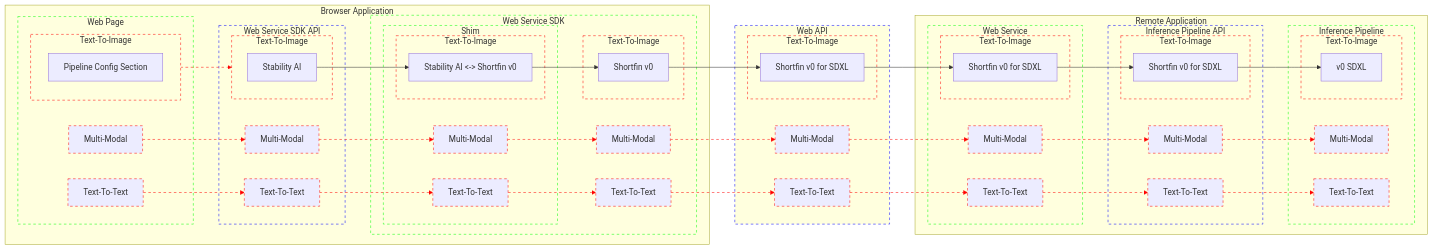
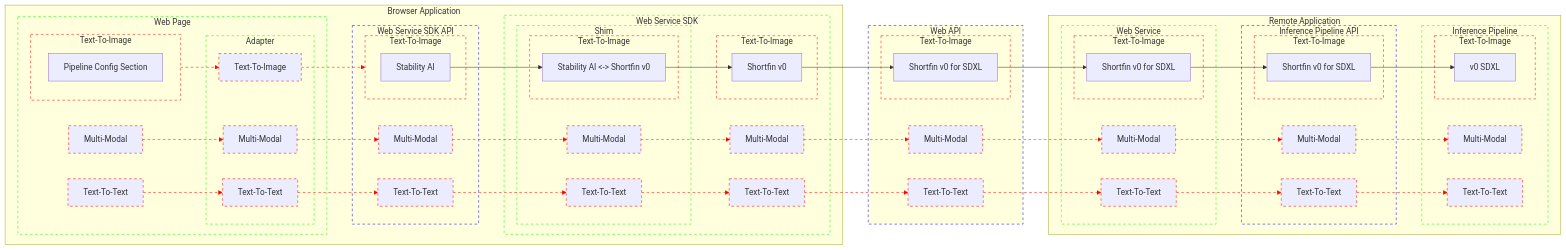
One commit to bjacobgordon/shark-ui changed the diagram in docs/webAPI/architecture.mmd. Above: the diagram before and after it, drawn with Mermaid.

Commit message:
step: stubs webpage adapters

```diff
--- a/docs/webAPI/architecture.mmd
+++ b/docs/webAPI/architecture.mmd
@@ -15,19 +15,42 @@
 
       BrowserApplication_WebPage_TextToText[Text-To-Text]
       class BrowserApplication_WebPage_TextToText InferenceModality
+
+
+      BrowserApplication_WebPage_TextToImage BrowserApplication_WebPage__TextToImage__BrowserApplication_WebPage_Adapter@--> BrowserApplication_WebPage_Adapter_TextToImage
+      class BrowserApplication_WebPage_TextToImage InferenceModality
+      class BrowserApplication_WebPage__TextToImage__BrowserApplication_WebPage_Adapter InferenceModality
+
+      BrowserApplication_WebPage_MultiModal BrowserApplication_WebPage__MultiModal__BrowserApplication_WebPage_Adapter@--> BrowserApplication_WebPage_Adapter_MultiModal
+      class BrowserApplication_WebPage__MultiModal__BrowserApplication_WebPage_Adapter InferenceModality
+
+      BrowserApplication_WebPage_TextToText BrowserApplication_WebPage__TextToText__BrowserApplication_WebPage_Adapter@--> BrowserApplication_WebPage_Adapter_TextToText
+      class BrowserApplication_WebPage__TextToText__BrowserApplication_WebPage_Adapter InferenceModality
+
+
+      subgraph BrowserApplication_WebPage_Adapter[Adapter]
+        BrowserApplication_WebPage_Adapter_TextToImage[Text-To-Image]
+        class BrowserApplication_WebPage_Adapter_TextToImage InferenceModality
+
+        BrowserApplication_WebPage_Adapter_MultiModal[Multi-Modal]
+        class BrowserApplication_WebPage_Adapter_MultiModal InferenceModality
+
+        BrowserApplication_WebPage_Adapter_TextToText[Text-To-Text]
+        class BrowserApplication_WebPage_Adapter_TextToText InferenceModality
+      end
+      class BrowserApplication_WebPage_Adapter ApplicationModule
     end
     class BrowserApplication_WebPage ApplicationModule
 
 
-    BrowserApplication_WebPage_TextToImage BrowserApplication_WebPage__TextToImage__BrowserApplication_WebServiceSDK_API@--> BrowserApplication_WebServiceSDK_API_TextToImage
-    class BrowserApplication_WebPage_TextToImage InferenceModality
-    class BrowserApplication_WebPage__TextToImage__BrowserApplication_WebServiceSDK_API InferenceModality
+    BrowserApplication_WebPage_Adapter_TextToImage BrowserApplication_WebPage_Adapter__TextToImage__BrowserApplication_WebServiceSDK_API@--> BrowserApplication_WebServiceSDK_API_TextToImage
+    class BrowserApplication_WebPage_Adapter__TextToImage__BrowserApplication_WebServiceSDK_API InferenceModality
 
-    BrowserApplication_WebPage_MultiModal BrowserApplication_WebPage__MultiModal__BrowserApplication_WebServiceSDK_API@--> BrowserApplication_WebServiceSDK_API_MultiModal
-    class BrowserApplication_WebPage__MultiModal__BrowserApplication_WebServiceSDK_API InferenceModality
+    BrowserApplication_WebPage_Adapter_MultiModal BrowserApplication_WebPage_Adapter__MultiModal__BrowserApplication_WebServiceSDK_API@--> BrowserApplication_WebServiceSDK_API_MultiModal
+    class BrowserApplication_WebPage_Adapter__MultiModal__BrowserApplication_WebServiceSDK_API InferenceModality
 
-    BrowserApplication_WebPage_TextToText BrowserApplication_WebPage__TextToText__BrowserApplication_WebServiceSDK_API@--> BrowserApplication_WebServiceSDK_API_TextToText
-    class BrowserApplication_WebPage__TextToText__BrowserApplication_WebServiceSDK_API InferenceModality
+    BrowserApplication_WebPage_Adapter_TextToText BrowserApplication_WebPage_Adapter__TextToText__BrowserApplication_WebServiceSDK_API@--> BrowserApplication_WebServiceSDK_API_TextToText
+    class BrowserApplication_WebPage_Adapter__TextToText__BrowserApplication_WebServiceSDK_API InferenceModality
 
 
     subgraph BrowserApplication_WebServiceSDK_API[Web Service SDK API]
```
